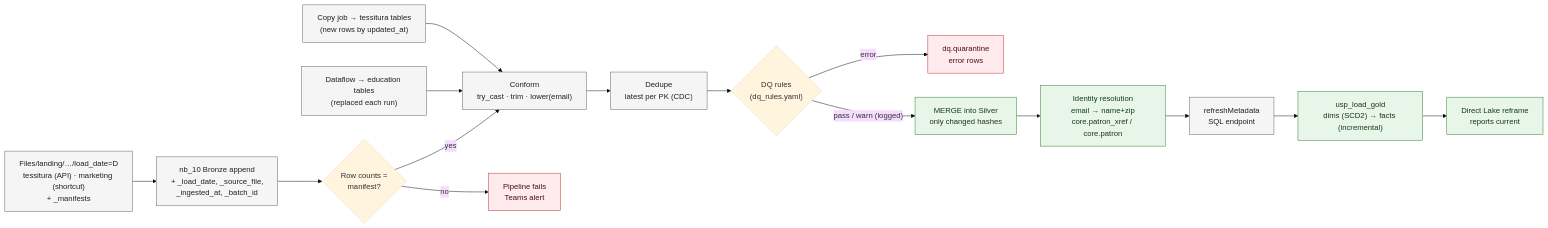
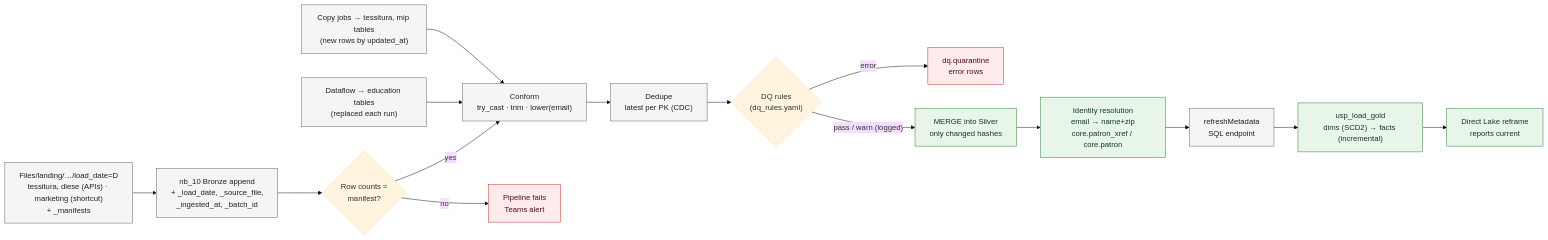
Before and after one commit to musatouray/performing-arts-audience-development-platform: the diagram in docs/diagrams/src/06-medallion-dataflow.mmd, drawn with Mermaid (base theme). The commit also changed 52 other files, not shown here.

Commit message:
MIP, Diese, Finance and OPerations spokes

```diff
--- a/docs/diagrams/src/06-medallion-dataflow.mmd
+++ b/docs/diagrams/src/06-medallion-dataflow.mmd
@@ -1,30 +1,30 @@
 %% One daily run, end to end, with the quality gates
 flowchart LR
   classDef ok fill:#E8F5E9,stroke:#2E7D32,color:#123D16
   classDef bad fill:#FFEBEE,stroke:#C62828,color:#4A0E0E
   classDef step fill:#F5F5F5,stroke:#616161,color:#212121
 
-  CJ["Copy job → tessitura tables<br/>(new rows by updated_at)"]:::step
+  CJ["Copy jobs → tessitura, mip tables<br/>(new rows by updated_at)"]:::step
   DF["Dataflow → education tables<br/>(replaced each run)"]:::step
-  A["Files/landing/…/load_date=D<br/>tessitura (API) · marketing (shortcut)<br/>+ _manifests"]:::step
+  A["Files/landing/…/load_date=D<br/>tessitura, diese (APIs) · marketing (shortcut)<br/>+ _manifests"]:::step
   B["nb_10 Bronze append<br/>+ _load_date, _source_file,<br/>_ingested_at, _batch_id"]:::step
   R{"Row counts =<br/>manifest?"}
   C["Conform<br/>try_cast · trim · lower(email)"]:::step
   DD["Dedupe<br/>latest per PK (CDC)"]:::step
   Q{"DQ rules<br/>(dq_rules.yaml)"}
   QU["dq.quarantine<br/>error rows"]:::bad
   M["MERGE into Silver<br/>only changed hashes"]:::ok
   IR["Identity resolution<br/>email → name+zip<br/>core.patron_xref / core.patron"]:::ok
   SY["refreshMetadata<br/>SQL endpoint"]:::step
   G["usp_load_gold<br/>dims (SCD2) → facts (incremental)"]:::ok
   DL["Direct Lake reframe<br/>reports current"]:::ok
   X["Pipeline fails<br/>Teams alert"]:::bad
 
   A --> B --> R
   R -- yes --> C
   CJ --> C
   DF --> C
   C --> DD --> Q
   R -- no --> X
   Q -- "error" --> QU
   Q -- "pass / warn (logged)" --> M --> IR --> SY --> G --> DL
```
